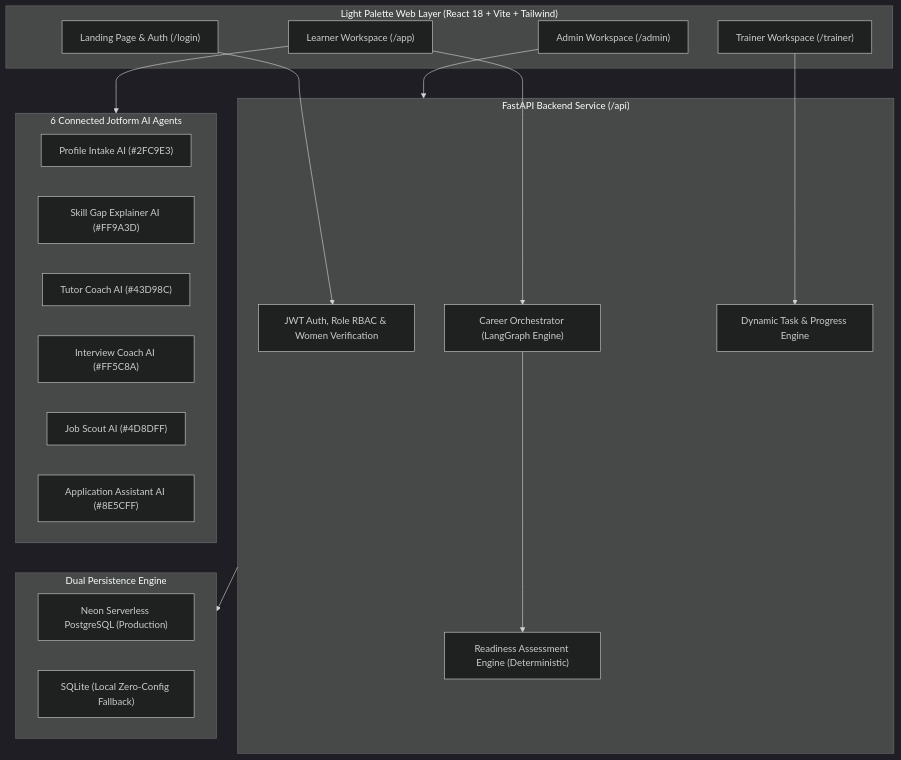
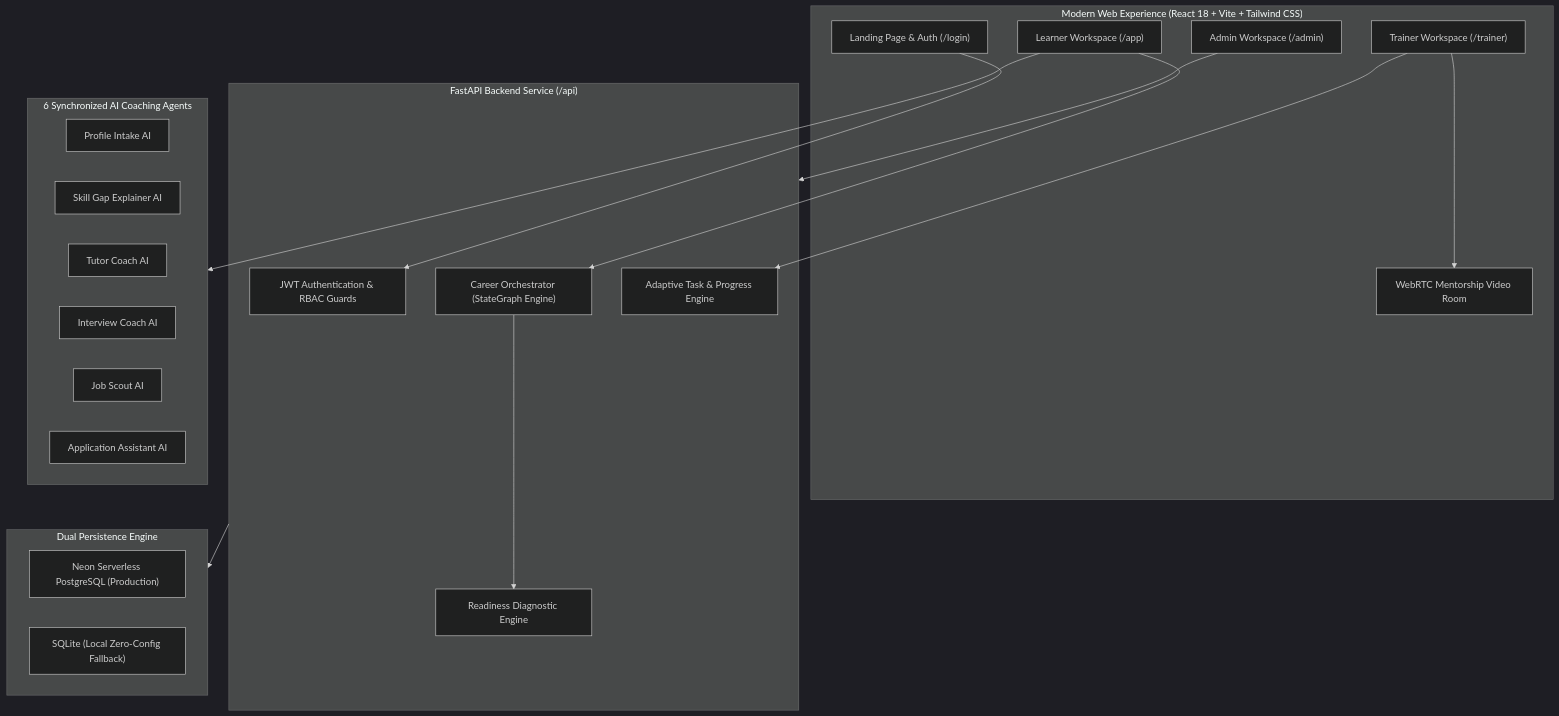
Before and after one commit to sathwik27-ai/AI-Powered-Career-ReEntry-Ecosystem: the diagram in README.md, drawn with Mermaid (dark theme). The commit also changed other lines of this file, not shown here.

Commit message:
docs: enhance README with modern presentation, video mentorship room, and clean agent squad guide

````diff
--- a/README.md
+++ b/README.md
@@ -35,38 +95,40 @@
 ```mermaid
 flowchart TD
-    subgraph UI["Light Palette Web Layer (React 18 + Vite + Tailwind)"]
+    subgraph UI["Modern Web Experience (React 18 + Vite + Tailwind CSS)"]
         LP["Landing Page & Auth (/login)"]
         LW["Learner Workspace (/app)"]
         TW["Trainer Workspace (/trainer)"]
         AW["Admin Workspace (/admin)"]
+        VR["WebRTC Mentorship Video Room"]
     end
 
     subgraph API["FastAPI Backend Service (/api)"]
-        Auth["JWT Auth, Role RBAC & Women Verification"]
-        Orch["Career Orchestrator (LangGraph Engine)"]
-        Readiness["Readiness Assessment Engine (Deterministic)"]
-        TaskEngine["Dynamic Task & Progress Engine"]
+        Auth["JWT Authentication & RBAC Guards"]
+        Orch["Career Orchestrator (StateGraph Engine)"]
+        Readiness["Readiness Diagnostic Engine"]
+        TaskEngine["Adaptive Task & Progress Engine"]
     end
 
-    subgraph Agents["6 Connected Jotform AI Agents"]
-        J1["Profile Intake AI (#2FC9E3)"]
-        J2["Skill Gap Explainer AI (#FF9A3D)"]
-        J3["Tutor Coach AI (#43D98C)"]
-        J4["Interview Coach AI (#FF5C8A)"]
-        J5["Job Scout AI (#4D8DFF)"]
-        J6["Application Assistant AI (#8E5CFF)"]
+    subgraph Squad["6 Synchronized AI Coaching Agents"]
+        A1["Profile Intake AI"]
+        A2["Skill Gap Explainer AI"]
+        A3["Tutor Coach AI"]
+        A4["Interview Coach AI"]
+        A5["Job Scout AI"]
+        A6["Application Assistant AI"]
     end
 
     subgraph DB["Dual Persistence Engine"]
         PG["Neon Serverless PostgreSQL (Production)"]
         SQL["SQLite (Local Zero-Config Fallback)"]
     end
 
     LP --> Auth
     LW --> Orch
     TW --> TaskEngine
+    TW --> VR
     AW --> API
-    LW --> Agents
+    LW --> Squad
     Orch --> Readiness
     API --> DB
 ```
````
